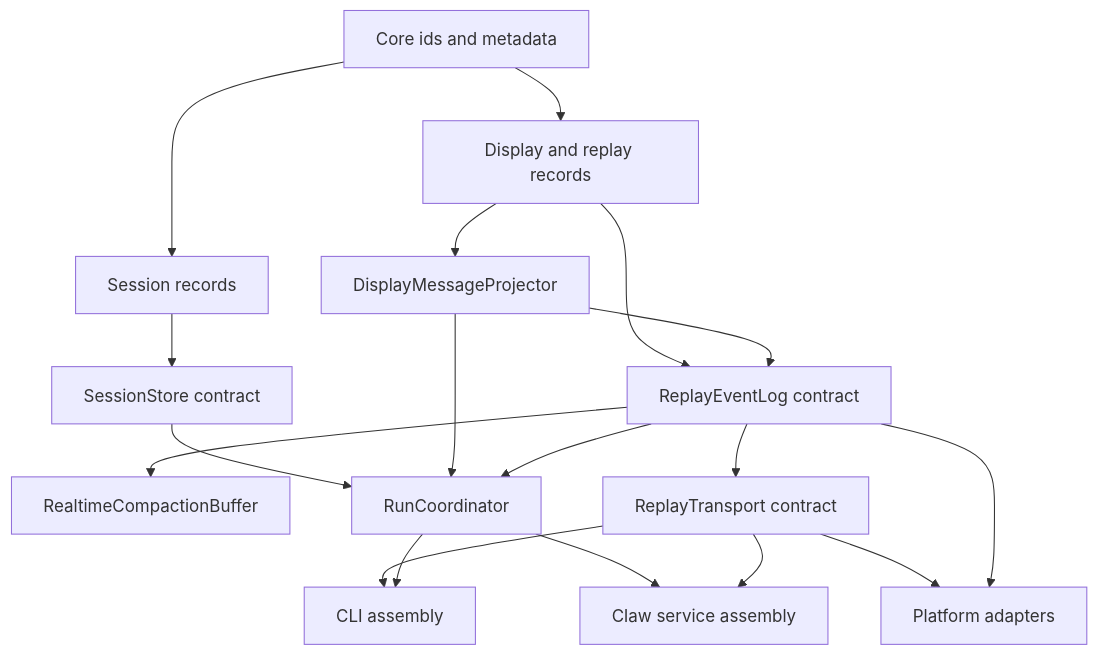
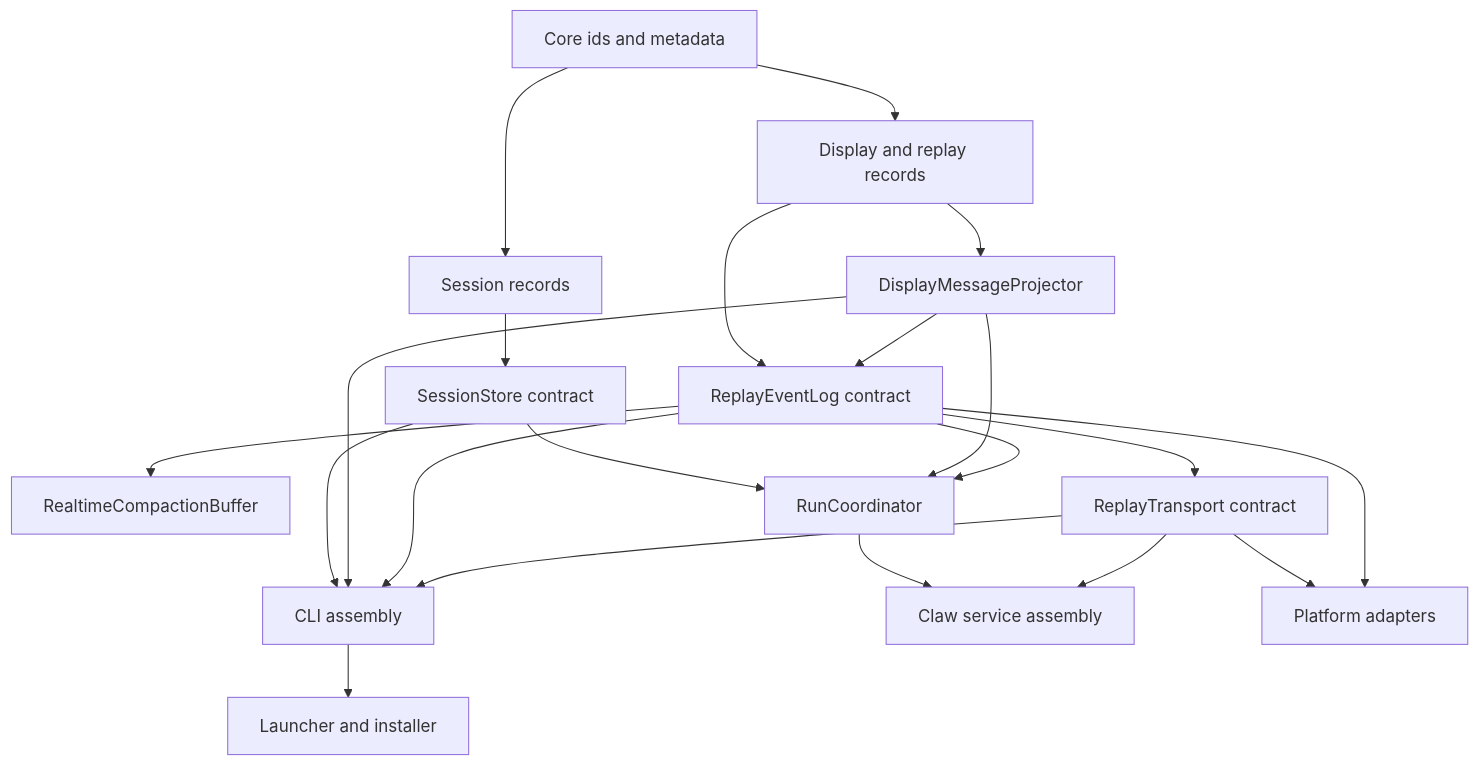
The diagram in spec/ops/02-shared-execution-components.md (Wh1isper/starweaver), drawn with Mermaid before and after one commit. The commit also changed other lines of this file and 29 other files, not shown here.

````diff
--- a/spec/ops/02-shared-execution-components.md
+++ b/spec/ops/02-shared-execution-components.md
@@ -44,33 +44,37 @@
 ```mermaid
 flowchart TD
     ids[Core ids and metadata]
     session_records[Session records]
     session_store[SessionStore contract]
     stream_records[Display and replay records]
     projector[DisplayMessageProjector]
     eventlog[ReplayEventLog contract]
     compact[RealtimeCompactionBuffer]
     transport[ReplayTransport contract]
+    cli[CLI assembly]
+    launcher[Launcher and installer]
     coordinator[RunCoordinator]
-    cli[CLI assembly]
     service[Claw service assembly]
     platform[Platform adapters]
 
     ids --> session_records
     ids --> stream_records
     session_records --> session_store
     stream_records --> projector
     stream_records --> eventlog
     projector --> eventlog
     eventlog --> compact
     eventlog --> transport
+    session_store --> cli
+    projector --> cli
+    eventlog --> cli
+    transport --> cli
+    cli --> launcher
     session_store --> coordinator
     projector --> coordinator
     eventlog --> coordinator
-    transport --> cli
-    coordinator --> cli
     coordinator --> service
     transport --> service
     transport --> platform
     eventlog --> platform
 ```
````
